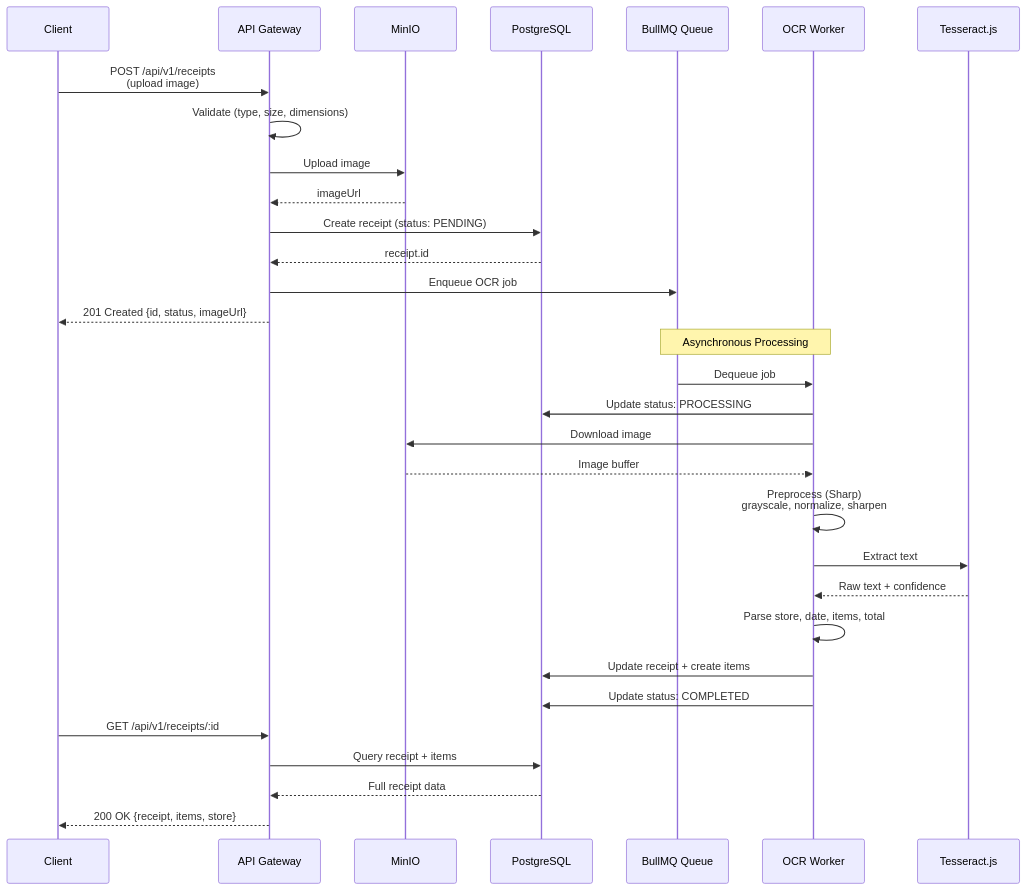
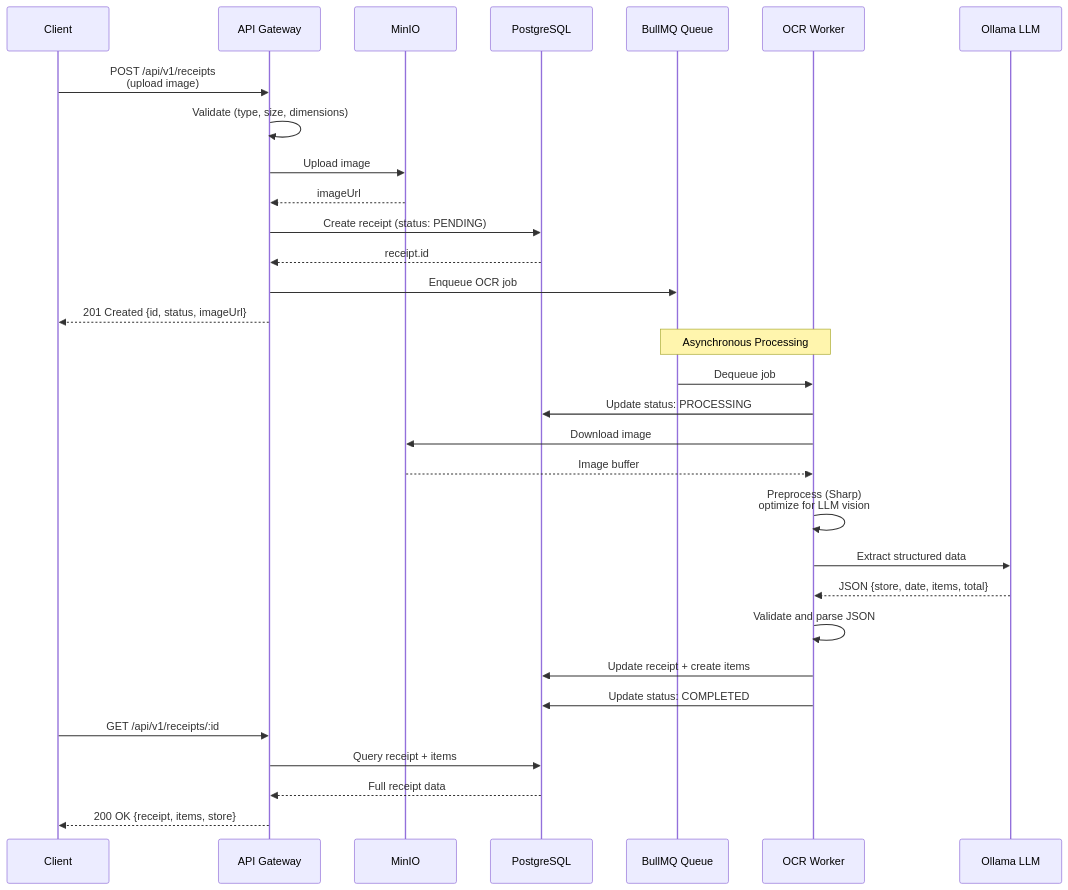
One commit to mpwg/Pricey changed the second of 2 diagrams in README.md. Above: the diagram before and after it, drawn with Mermaid. The commit also changed other lines of this file and 47 other files, not shown here.

````diff
--- a/README.md
+++ b/README.md
@@ -191,37 +223,37 @@
 ```mermaid
 sequenceDiagram
     participant C as Client
     participant API as API Gateway
     participant S3 as MinIO
     participant DB as PostgreSQL
     participant Q as BullMQ Queue
     participant W as OCR Worker
-    participant OCR as Tesseract.js
+    participant OCR as Ollama LLM
 
     C->>API: POST /api/v1/receipts<br/>(upload image)
     API->>API: Validate (type, size, dimensions)
     API->>S3: Upload image
     S3-->>API: imageUrl
     API->>DB: Create receipt (status: PENDING)
     DB-->>API: receipt.id
     API->>Q: Enqueue OCR job
     API-->>C: 201 Created {id, status, imageUrl}
 
     Note over Q,W: Asynchronous Processing
 
     Q->>W: Dequeue job
     W->>DB: Update status: PROCESSING
     W->>S3: Download image
     S3-->>W: Image buffer
-    W->>W: Preprocess (Sharp)<br/>grayscale, normalize, sharpen
-    W->>OCR: Extract text
-    OCR-->>W: Raw text + confidence
-    W->>W: Parse store, date, items, total
+    W->>W: Preprocess (Sharp)<br/>optimize for LLM vision
+    W->>OCR: Extract structured data
+    OCR-->>W: JSON {store, date, items, total}
+    W->>W: Validate and parse JSON
     W->>DB: Update receipt + create items
     W->>DB: Update status: COMPLETED
 
     C->>API: GET /api/v1/receipts/:id
     API->>DB: Query receipt + items
     DB-->>API: Full receipt data
     API-->>C: 200 OK {receipt, items, store}
 ```
````
